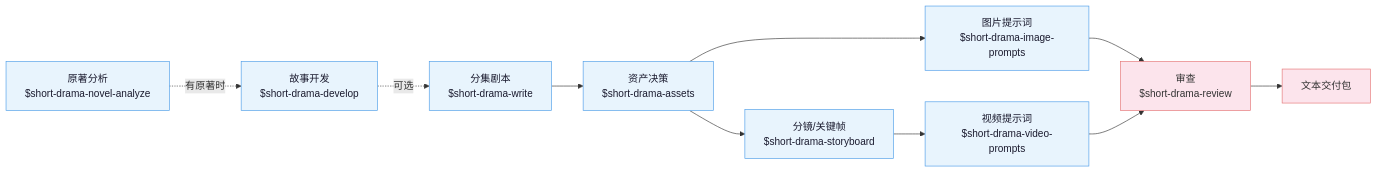
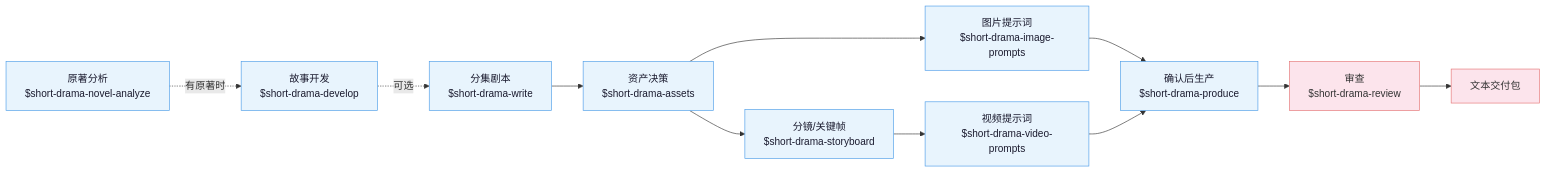
The diagram in README.md (fxbin/drama-skills), drawn with Mermaid before and after one commit. The commit also changed other lines of this file and 39 other files, not shown here.

````diff
--- a/README.md
+++ b/README.md
@@ -95,22 +100,24 @@
 ```mermaid
 flowchart LR
     classDef phase fill:#e8f4fd,color:#1a1a2e,stroke:#4a9be8,stroke-width:1px
     classDef final fill:#fce4ec,color:#333,stroke:#e57373,stroke-width:1px
 
     nva["原著分析<br/>$short-drama-novel-analyze"]:::phase
     dev["故事开发<br/>$short-drama-develop"]:::phase
     write["分集剧本<br/>$short-drama-write"]:::phase
     assets["资产决策<br/>$short-drama-assets"]:::phase
     img["图片提示词<br/>$short-drama-image-prompts"]:::phase
     sb["分镜/关键帧<br/>$short-drama-storyboard"]:::phase
     vid["视频提示词<br/>$short-drama-video-prompts"]:::phase
+    prod["确认后生产<br/>$short-drama-produce"]:::phase
     rev["审查<br/>$short-drama-review"]:::final
     pkg["文本交付包"]:::final
 
     nva -.有原著时.-> dev
     dev -.可选.-> write --> assets
     assets --> img
     assets --> sb --> vid
-    img --> rev
-    vid --> rev --> pkg
+    img --> prod
+    vid --> prod
+    prod --> rev --> pkg
 ```
````
